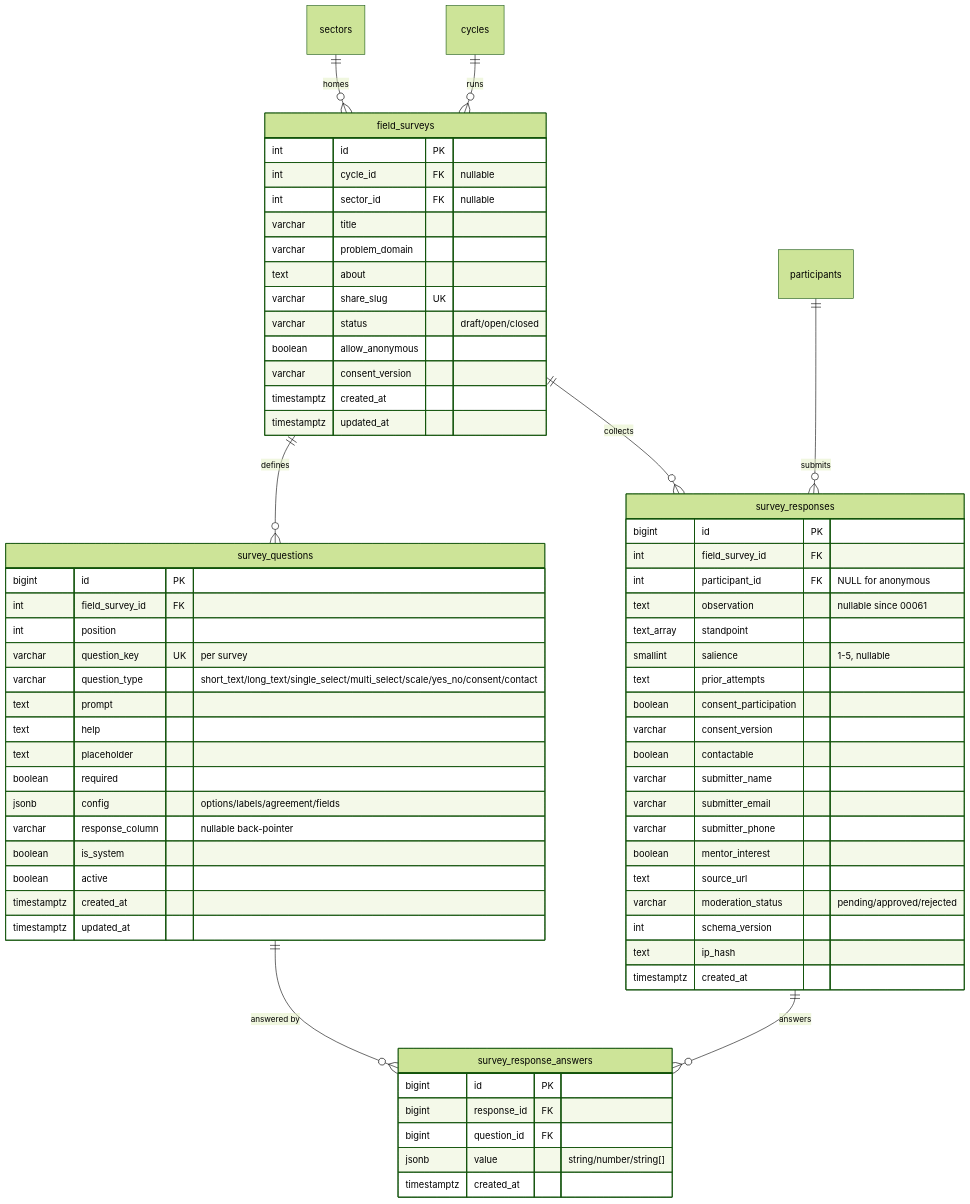
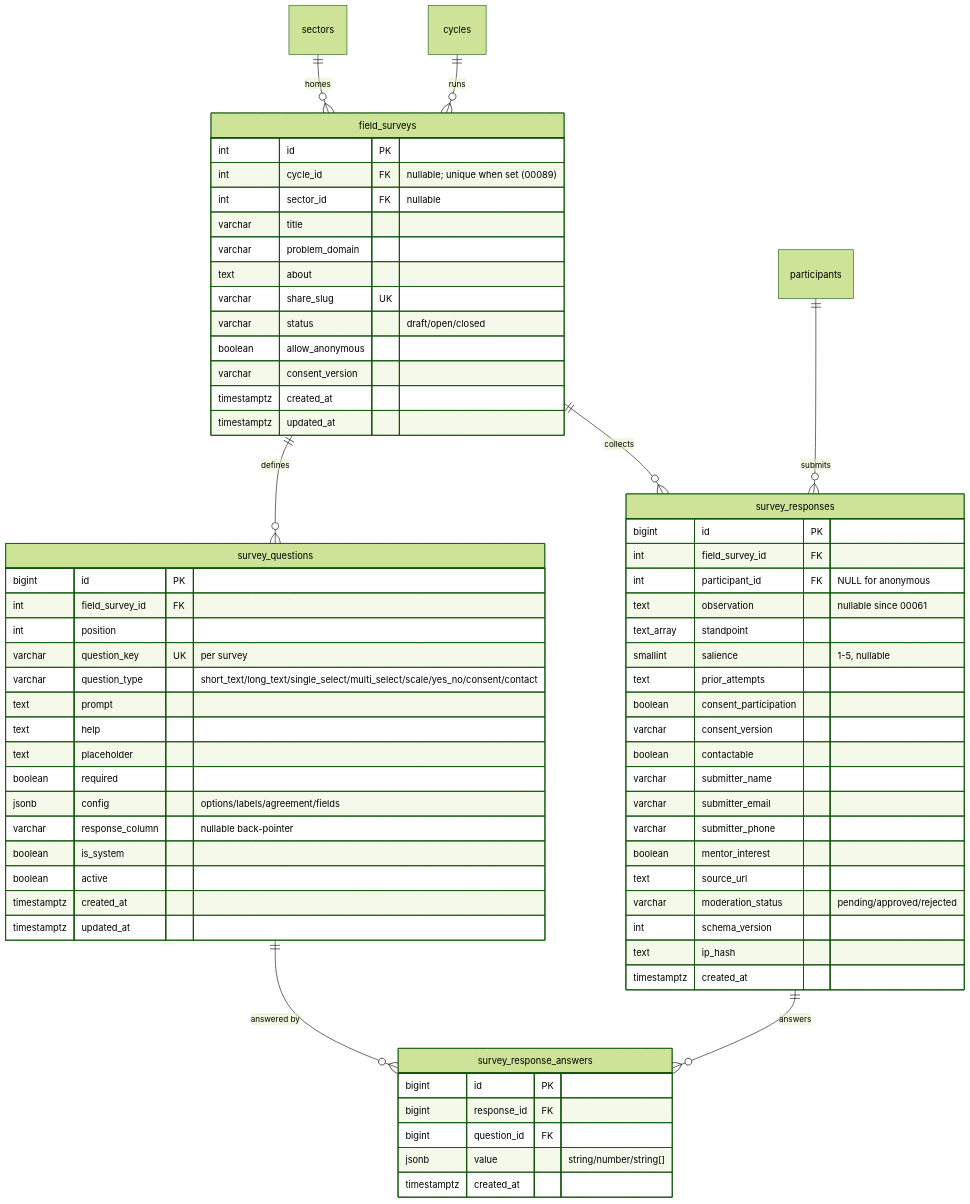
The eighth of 9 diagrams in SCHEMA.md (TheUpskillingLabs/OLOS), drawn with Mermaid (forest theme) before and after one commit. The commit also changed other lines of this file and 5 other files, not shown here.

First line of the commit message:
Require a cycle when creating a survey; one survey per cycle (00089)

````diff
--- a/SCHEMA.md
+++ b/SCHEMA.md
@@ -688,73 +688,73 @@
 ```mermaid
 erDiagram
     field_surveys {
         int id PK
-        int cycle_id FK "nullable"
+        int cycle_id FK "nullable; unique when set (00089)"
         int sector_id FK "nullable"
         varchar title
         varchar problem_domain
         text about
         varchar share_slug UK
         varchar status "draft/open/closed"
         boolean allow_anonymous
         varchar consent_version
         timestamptz created_at
         timestamptz updated_at
     }
 
     survey_responses {
         bigint id PK
         int field_survey_id FK
         int participant_id FK "NULL for anonymous"
         text observation "nullable since 00061"
         text_array standpoint
         smallint salience "1-5, nullable"
         text prior_attempts
         boolean consent_participation
         varchar consent_version
         boolean contactable
         varchar submitter_name
         varchar submitter_email
         varchar submitter_phone
         boolean mentor_interest
         text source_url
         varchar moderation_status "pending/approved/rejected"
         int schema_version
         text ip_hash
         timestamptz created_at
     }
 
     survey_questions {
         bigint id PK
         int field_survey_id FK
         int position
         varchar question_key UK "per survey"
         varchar question_type "short_text/long_text/single_select/multi_select/scale/yes_no/consent/contact"
         text prompt
         text help
         text placeholder
         boolean required
         jsonb config "options/labels/agreement/fields"
         varchar response_column "nullable back-pointer"
         boolean is_system
         boolean active
         timestamptz created_at
         timestamptz updated_at
     }
 
     survey_response_answers {
         bigint id PK
         bigint response_id FK
         bigint question_id FK
         jsonb value "string/number/string[]"
         timestamptz created_at
     }
 
     cycles ||--o{ field_surveys : "runs"
     sectors ||--o{ field_surveys : "homes"
     field_surveys ||--o{ survey_responses : "collects"
     field_surveys ||--o{ survey_questions : "defines"
     participants ||--o{ survey_responses : "submits"
     survey_responses ||--o{ survey_response_answers : "answers"
     survey_questions ||--o{ survey_response_answers : "answered by"
 ```
````
